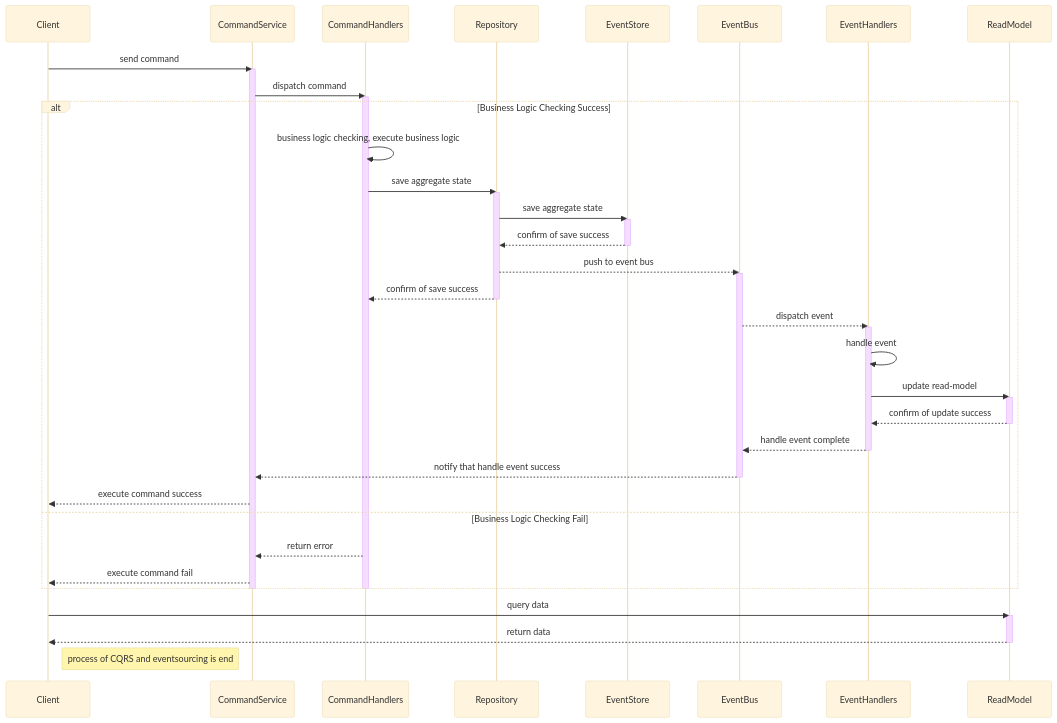
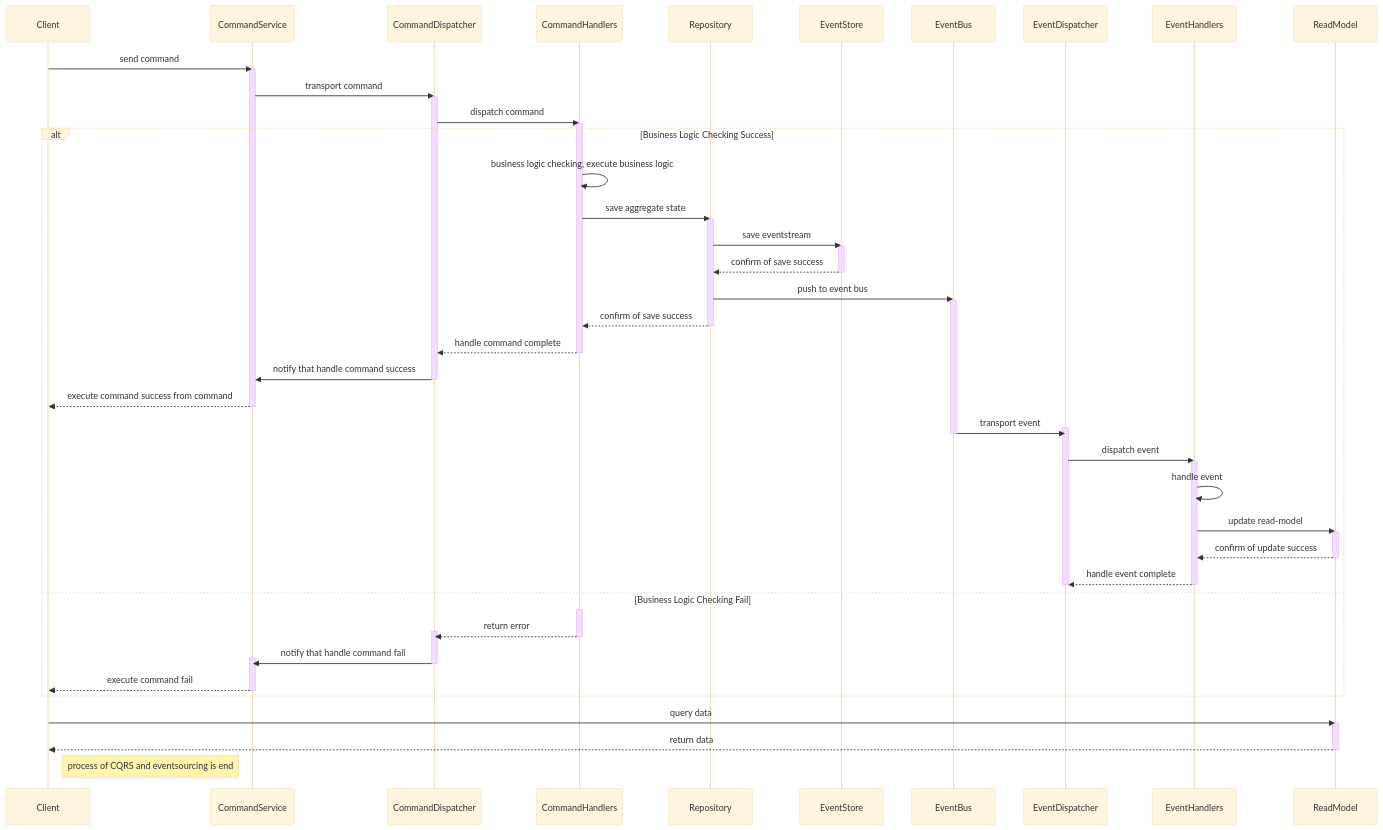
The diagram in README.md (berkaroad/squat), drawn with Mermaid (base theme) before and after one commit.

````diff
--- a/README.md
+++ b/README.md
@@ -9,55 +9,70 @@
   ```mermaid
   sequenceDiagram
       participant C as Client
       participant CS as CommandService
+      participant CD as CommandDispatcher
       participant CH as CommandHandlers
       participant R as Repository
       participant ES as EventStore
       participant EB as EventBus
+      participant ED as EventDispatcher
       participant EH as EventHandlers
       participant RM as ReadModel
   
       C->>CS: send command
       activate CS
-      CS->>CH: dispatch command
+      CS->>CD: transport command
+      activate CD
+      CD->>CH: dispatch command
       activate CH
   
       alt Business Logic Checking Success
           CH->>CH: business logic checking, execute business logic
           CH->>R: save aggregate state
           activate R
-          R->>ES: save aggregate state
+          R->>ES: save eventstream
           activate ES
           ES-->>R: confirm of save success 
           deactivate ES
-          R-->>EB: push to event bus
+          R->>EB: push to event bus
           activate EB
           R-->>CH: confirm of save success 
           deactivate R
-          EB-->>EH: dispatch event
+          CH-->>CD: handle command complete
+          deactivate CH
+          CD->>CS: notify that handle command success
+          deactivate CD
+          CS-->>C: execute command success from command
+          deactivate CS
+          EB->>ED: transport event
+          activate ED
+          deactivate EB
+          ED->>EH: dispatch event
           activate EH
           EH->>EH: handle event
           EH->>RM: update read-model
           activate RM
           RM-->>EH: confirm of update success
           deactivate RM
-          EH-->>EB: handle event complete
+          EH-->>ED: handle event complete
           deactivate EH
-          EB-->>CS: notify that handle event success
-          deactivate EB
-          CS-->>C: execute command success
+          deactivate ED
       else Business Logic Checking Fail
-          CH-->>CS: return error
+          activate CH
+          CH-->>CD: return error
+          activate CD
+          deactivate CH
+          CD->>CS: notify that handle command fail
+          activate CS
+          deactivate CD
           CS-->>C: execute command fail
+          deactivate CS
       end
-  
-      deactivate CH
-      deactivate CS
       
       C->>RM: query data
       activate RM
       RM-->>C: return data
       deactivate RM
   
       Note right of C: process of CQRS and eventsourcing is end
   ```
````
